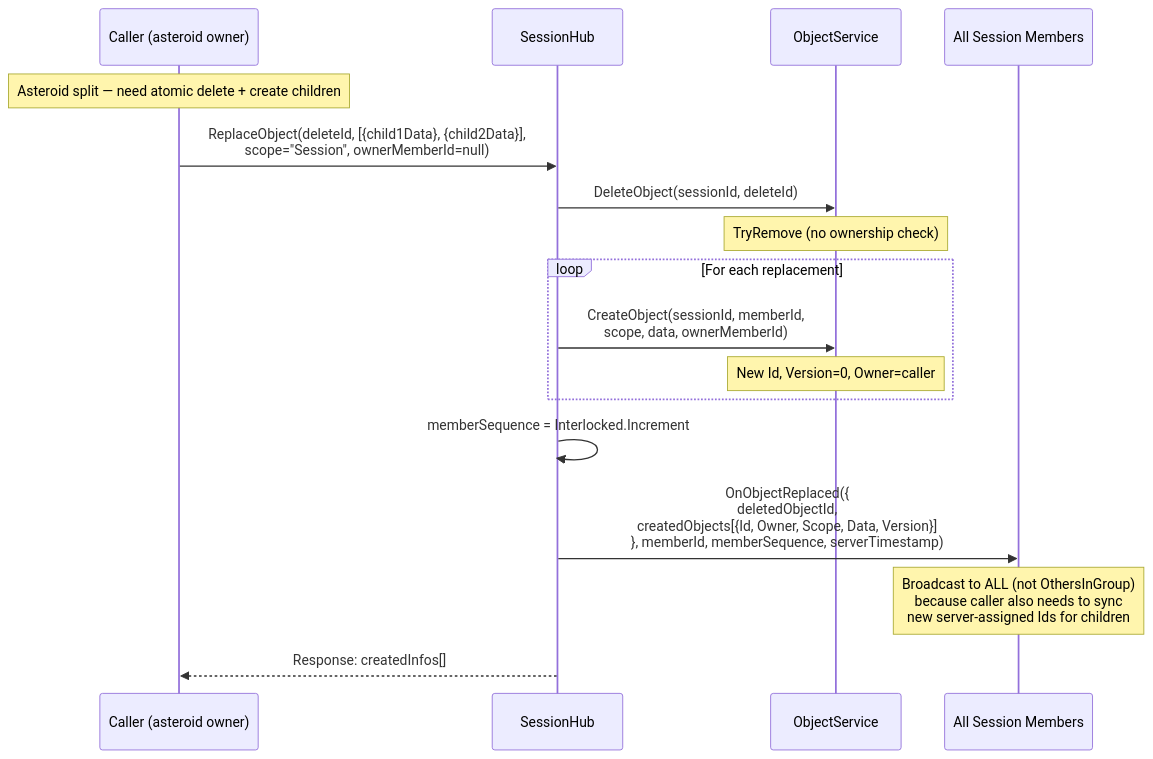
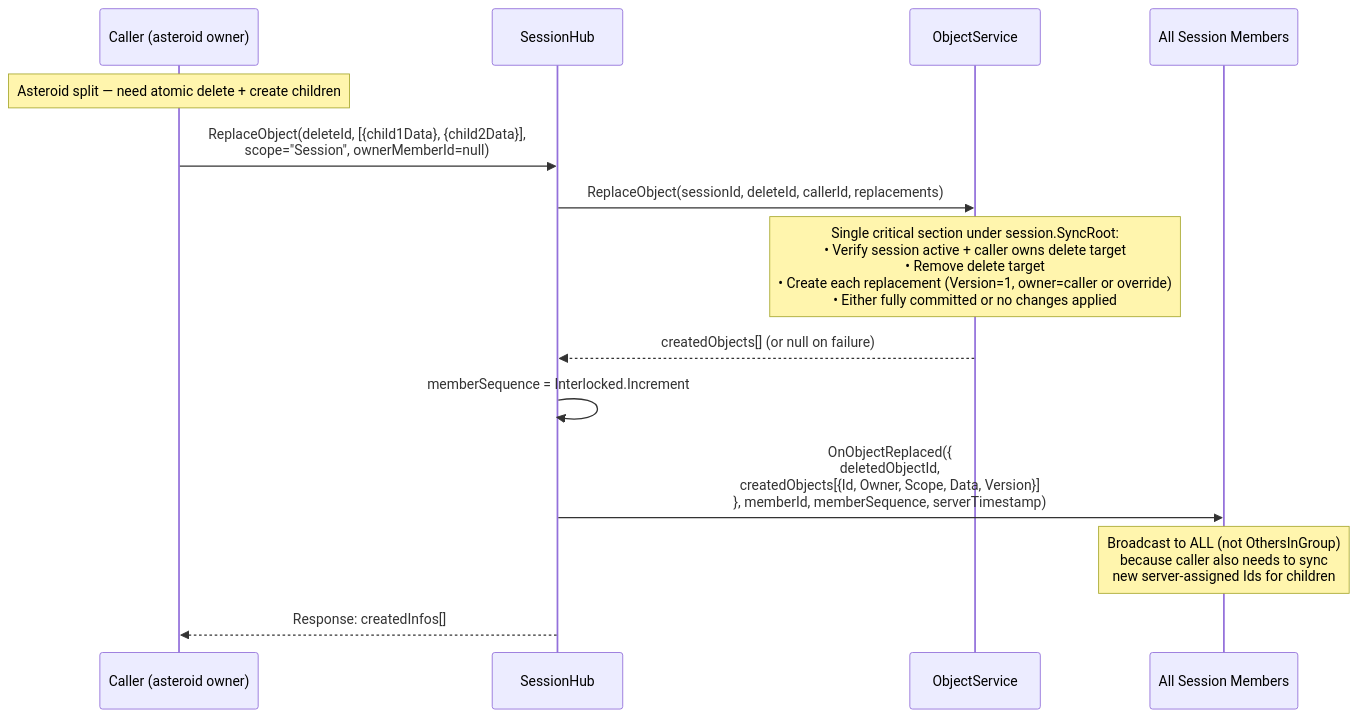
Diagram 14 of 33 in ARCHITECTURE.md (badvoidstar/asteroids), drawn with Mermaid before and after one commit. The commit also changed other lines of this file, not shown here.

First line of the commit message:
docs: update ARCHITECTURE.md to current code state

````diff
--- a/ARCHITECTURE.md
+++ b/ARCHITECTURE.md
@@ -377,26 +429,23 @@
 ```mermaid
 sequenceDiagram
     participant C as Caller (asteroid owner)
     participant HUB as SessionHub
     participant OS as ObjectService
     participant ALL as All Session Members
 
     Note over C: Asteroid split — need atomic delete + create children
     C->>HUB: ReplaceObject(deleteId, [{child1Data}, {child2Data}],<br/>scope="Session", ownerMemberId=null)
 
-    HUB->>OS: DeleteObject(sessionId, deleteId)
-    Note over OS: TryRemove (no ownership check)
+    HUB->>OS: ReplaceObject(sessionId, deleteId, callerId, replacements)
+    Note over OS: Single critical section under session.SyncRoot:<br/>• Verify session active + caller owns delete target<br/>• Remove delete target<br/>• Create each replacement (Version=1, owner=caller or override)<br/>• Either fully committed or no changes applied
 
-    loop For each replacement
-        HUB->>OS: CreateObject(sessionId, memberId,<br/>scope, data, ownerMemberId)
-        Note over OS: New Id, Version=0, Owner=caller
-    end
+    OS-->>HUB: createdObjects[] (or null on failure)
 
     HUB->>HUB: memberSequence = Interlocked.Increment
 
     HUB->>ALL: OnObjectReplaced({<br/>  deletedObjectId,<br/>  createdObjects[{Id, Owner, Scope, Data, Version}]<br/>}, memberId, memberSequence, serverTimestamp)
 
     Note over ALL: Broadcast to ALL (not OthersInGroup)<br/>because caller also needs to sync<br/>new server-assigned Ids for children
 
     HUB-->>C: Response: createdInfos[]
 ```
````
